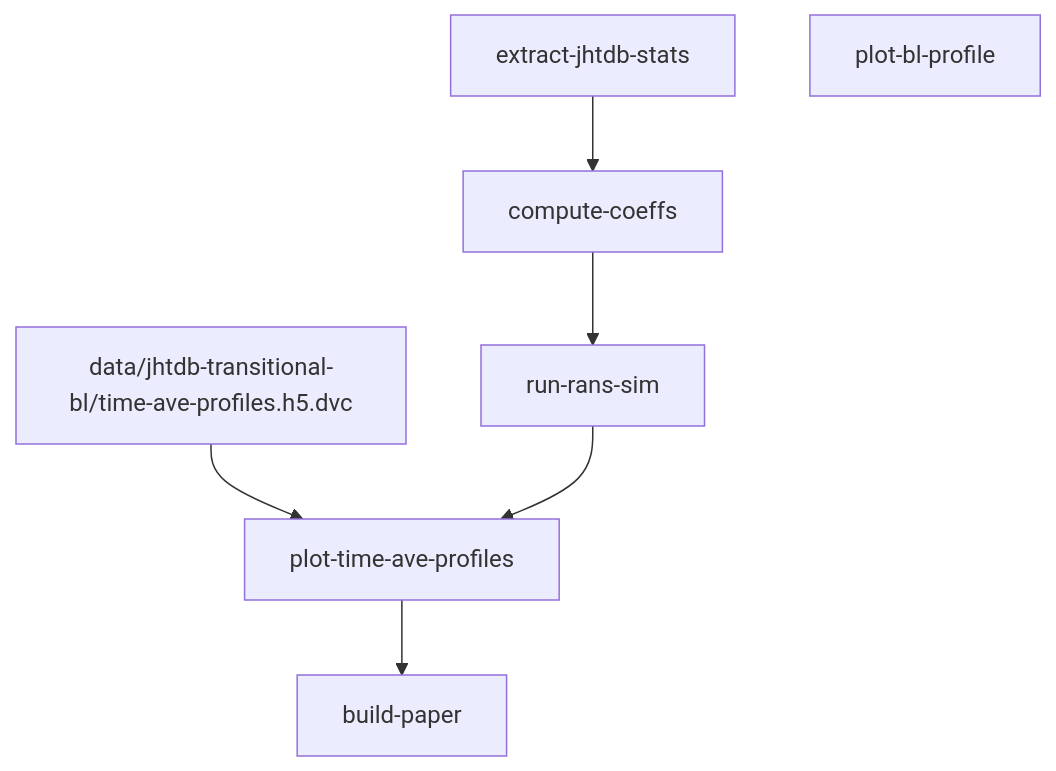
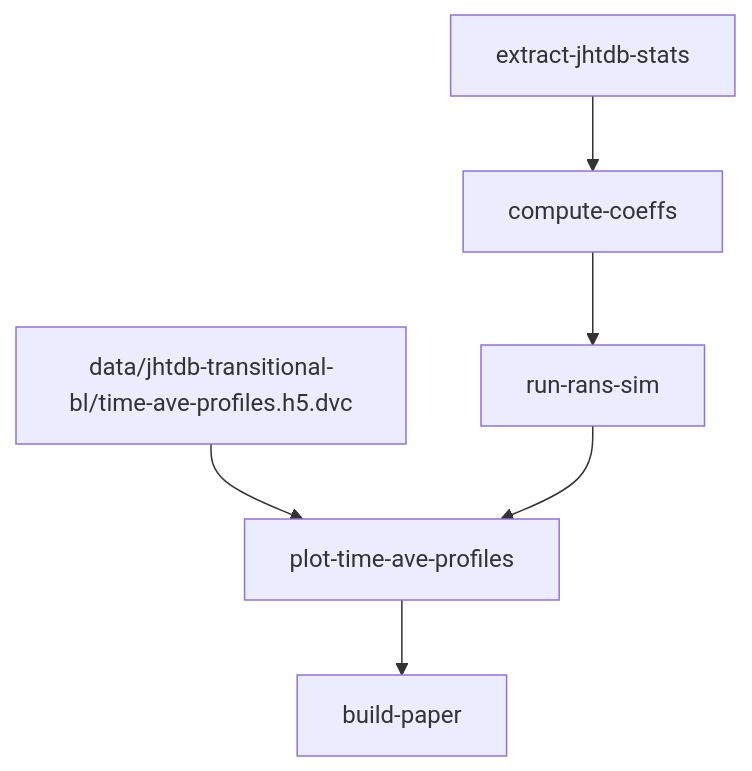
One commit to petebachant/boundary-layer-turbulence-modeling changed the diagram in README.md. Above: the diagram before and after it, drawn with Mermaid.

Commit message:
Update workflow in README

````diff
--- a/README.md
+++ b/README.md
@@ -17,15 +17,14 @@
 ```mermaid
 flowchart TD
 	node1["build-paper"]
 	node2["compute-coeffs"]
 	node3["data/jhtdb-transitional-bl/time-ave-profiles.h5.dvc"]
 	node4["extract-jhtdb-stats"]
 	node5["plot-time-ave-profiles"]
 	node6["run-rans-sim"]
 	node2-->node6
 	node3-->node5
 	node4-->node2
 	node5-->node1
 	node6-->node5
-	node7["plot-bl-profile"]
 ```
````
